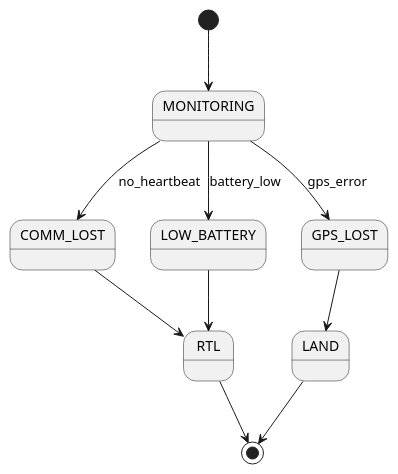
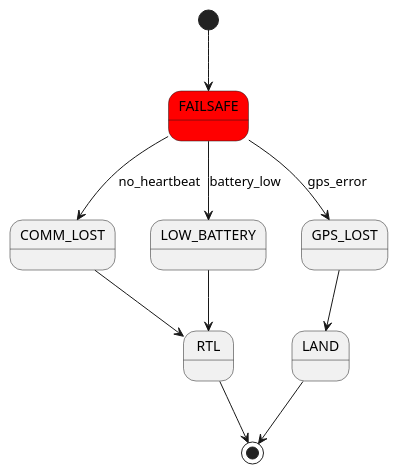
Before and after one commit to Z-Hamdoun/Asgard: the diagram in mission/diagrams/failsafe.puml, drawn with PlantUML. The commit also changed 2 other files, not shown here.

```diff
--- a/mission/diagrams/failsafe.puml
+++ b/mission/diagrams/failsafe.puml
@@ -1,14 +1,14 @@
 @startuml
-[*] --> MONITORING
+[*] --> FAILSAFE #red
 
-MONITORING --> COMM_LOST : no_heartbeat
-MONITORING --> LOW_BATTERY : battery_low
-MONITORING --> GPS_LOST : gps_error
+FAILSAFE --> COMM_LOST : no_heartbeat
+FAILSAFE --> LOW_BATTERY : battery_low
+FAILSAFE --> GPS_LOST : gps_error
 
 COMM_LOST --> RTL
 LOW_BATTERY --> RTL
 GPS_LOST --> LAND
 
 RTL --> [*]
 LAND --> [*]
 @enduml
```
